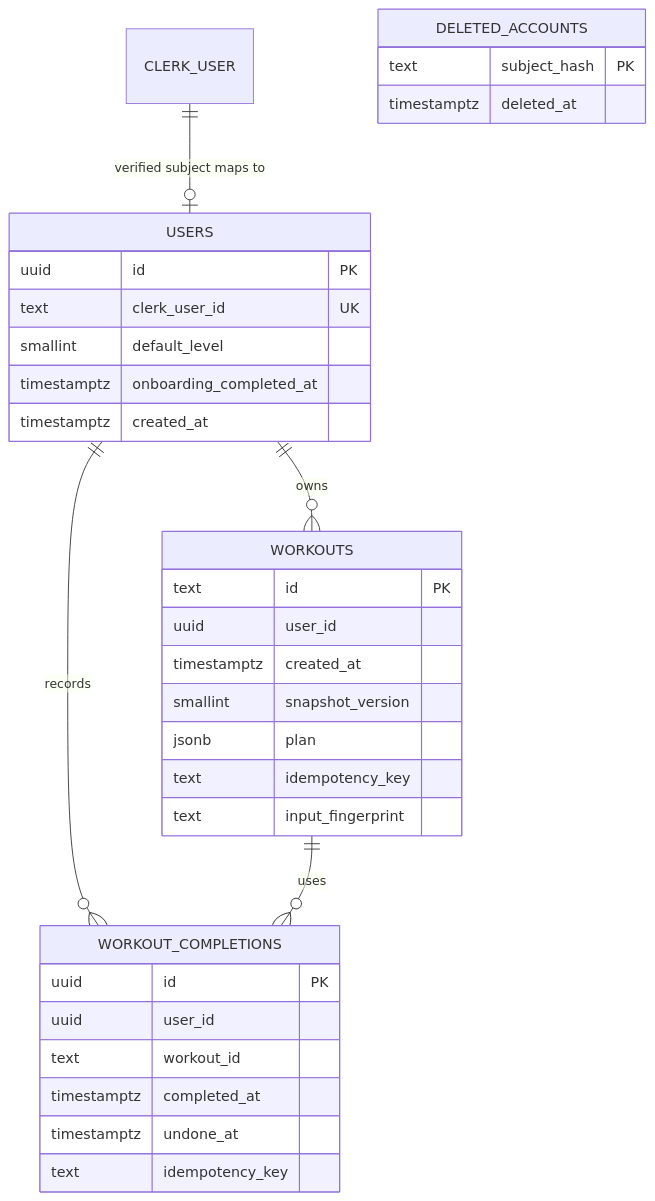
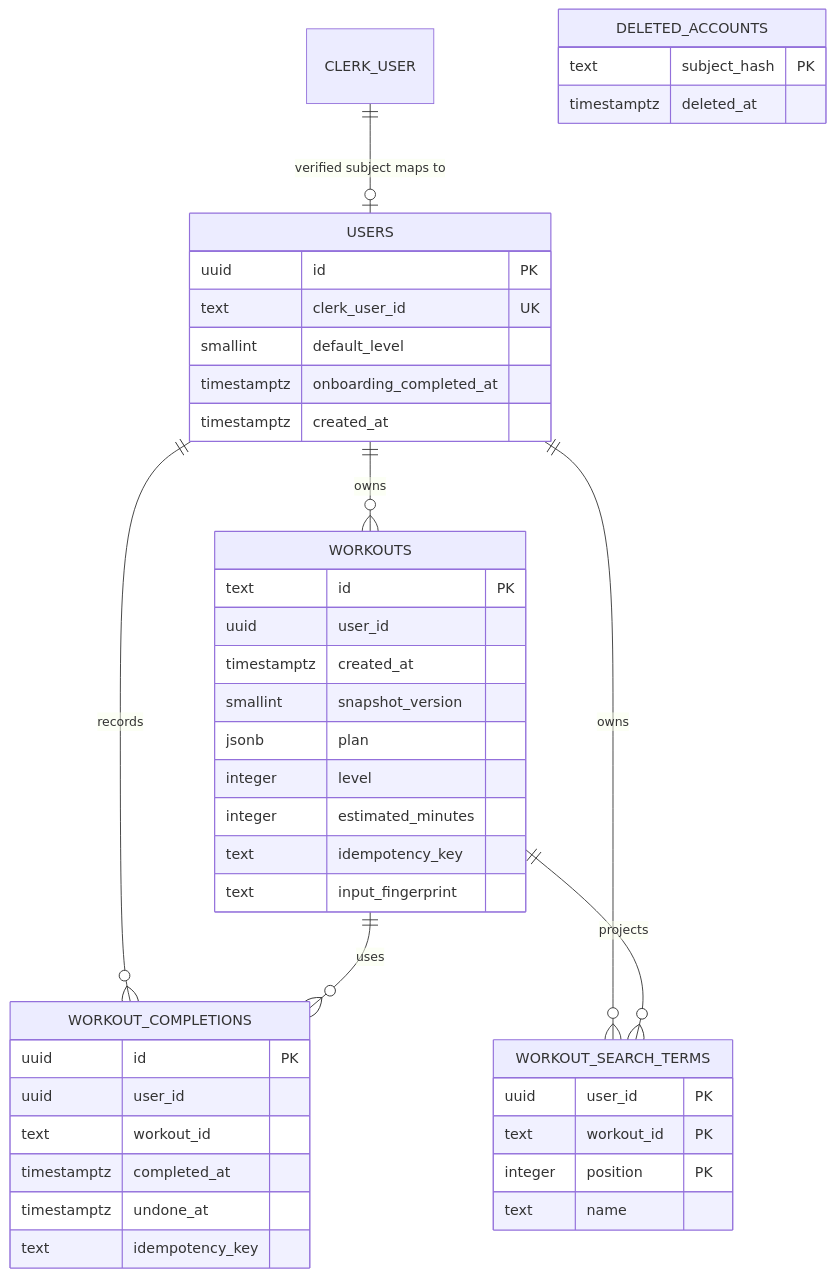
Before and after one commit to epicchewy/endorphins: the diagram in docs/accounts-and-workouts.md, drawn with Mermaid. The commit also changed other lines of this file and 37 other files, not shown here.

````diff
--- a/docs/accounts-and-workouts.md
+++ b/docs/accounts-and-workouts.md
@@ -5,35 +5,45 @@
 ```mermaid
 erDiagram
   CLERK_USER ||--o| USERS : "verified subject maps to"
   USERS ||--o{ WORKOUTS : owns
   USERS ||--o{ WORKOUT_COMPLETIONS : records
   WORKOUTS ||--o{ WORKOUT_COMPLETIONS : uses
+  USERS ||--o{ WORKOUT_SEARCH_TERMS : owns
+  WORKOUTS ||--o{ WORKOUT_SEARCH_TERMS : projects
   USERS {
     uuid id PK
     text clerk_user_id UK
     smallint default_level
     timestamptz onboarding_completed_at
     timestamptz created_at
   }
   WORKOUTS {
     text id PK
     uuid user_id
     timestamptz created_at
     smallint snapshot_version
     jsonb plan
+    integer level
+    integer estimated_minutes
     text idempotency_key
     text input_fingerprint
   }
   WORKOUT_COMPLETIONS {
     uuid id PK
     uuid user_id
     text workout_id
     timestamptz completed_at
     timestamptz undone_at
     text idempotency_key
   }
+  WORKOUT_SEARCH_TERMS {
+    uuid user_id PK
+    text workout_id PK
+    integer position PK
+    text name
+  }
   DELETED_ACCOUNTS {
     text subject_hash PK
     timestamptz deleted_at
   }
 ```
````
